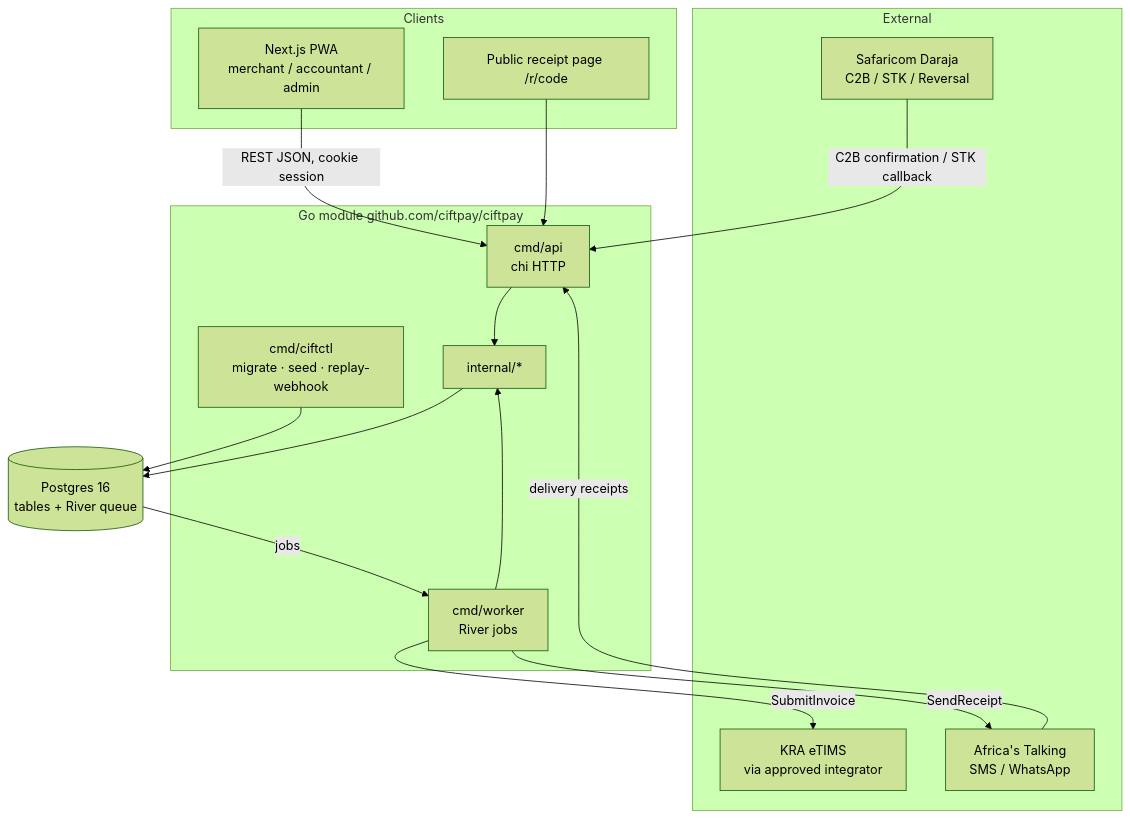
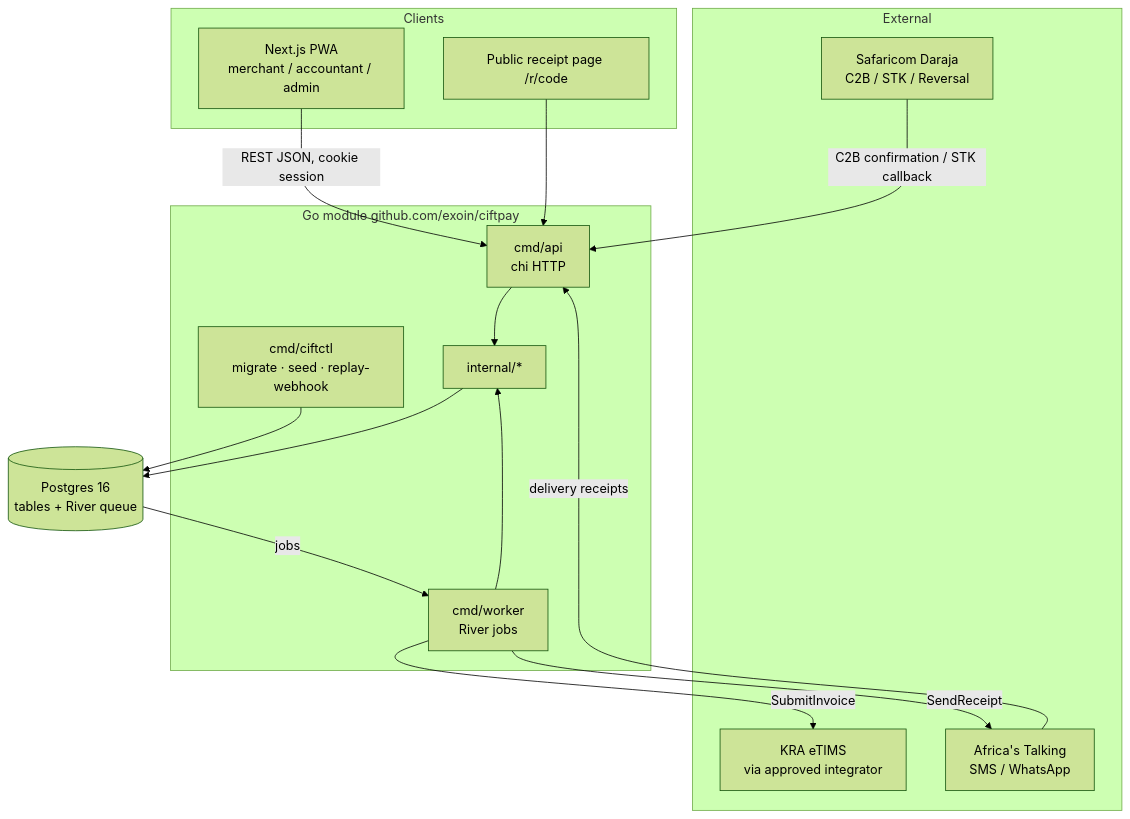
One commit to exoin/ciftpay changed the first of 2 diagrams in docs/architecture.md. Above: the diagram before and after it, drawn with Mermaid (forest theme).

Commit message:
docs: update architecture documentation for OSCU and gate flow

````diff
--- a/docs/architecture.md
+++ b/docs/architecture.md
@@ -7,29 +7,29 @@
 ```mermaid
 graph TD
   subgraph Clients
     PWA[Next.js PWA<br/>merchant / accountant / admin]
     RCPT[Public receipt page /r/code]
   end
   subgraph External
     DARAJA[Safaricom Daraja<br/>C2B / STK / Reversal]
     ETIMS[KRA eTIMS<br/>via approved integrator]
     AT[Africa's Talking<br/>SMS / WhatsApp]
   end
-  subgraph Go module github.com/ciftpay/ciftpay
+  subgraph Go module github.com/exoin/ciftpay
     API[cmd/api<br/>chi HTTP]
     WK[cmd/worker<br/>River jobs]
     CTL[cmd/ciftctl<br/>migrate · seed · replay-webhook]
     PKG[internal/*]
   end
   PG[(Postgres 16<br/>tables + River queue)]
   PWA -->|REST JSON, cookie session| API
   RCPT --> API
   DARAJA -->|C2B confirmation / STK callback| API
   AT -->|delivery receipts| API
   API --> PKG --> PG
   PG -->|jobs| WK
   WK --> PKG
   WK -->|SubmitInvoice| ETIMS
   WK -->|SendReceipt| AT
   CTL --> PG
 ```
````
